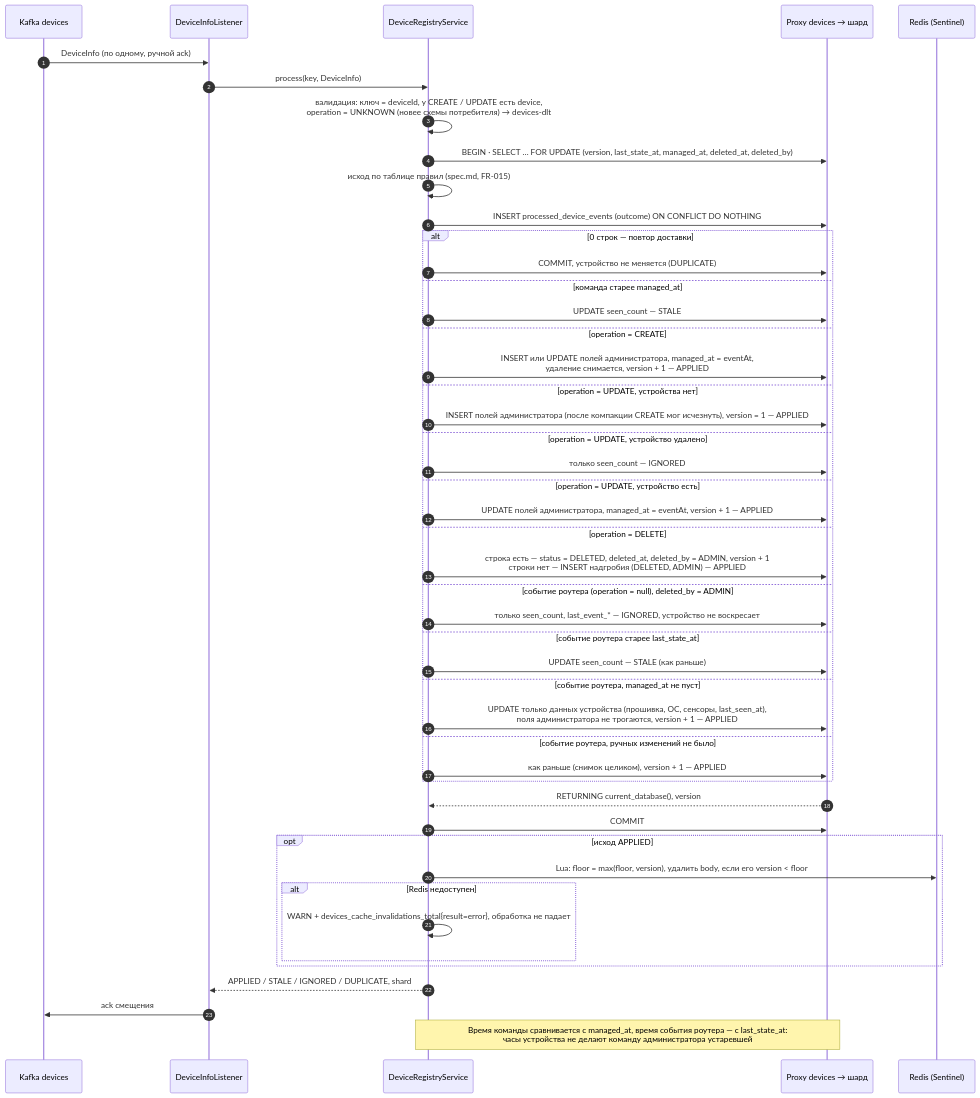
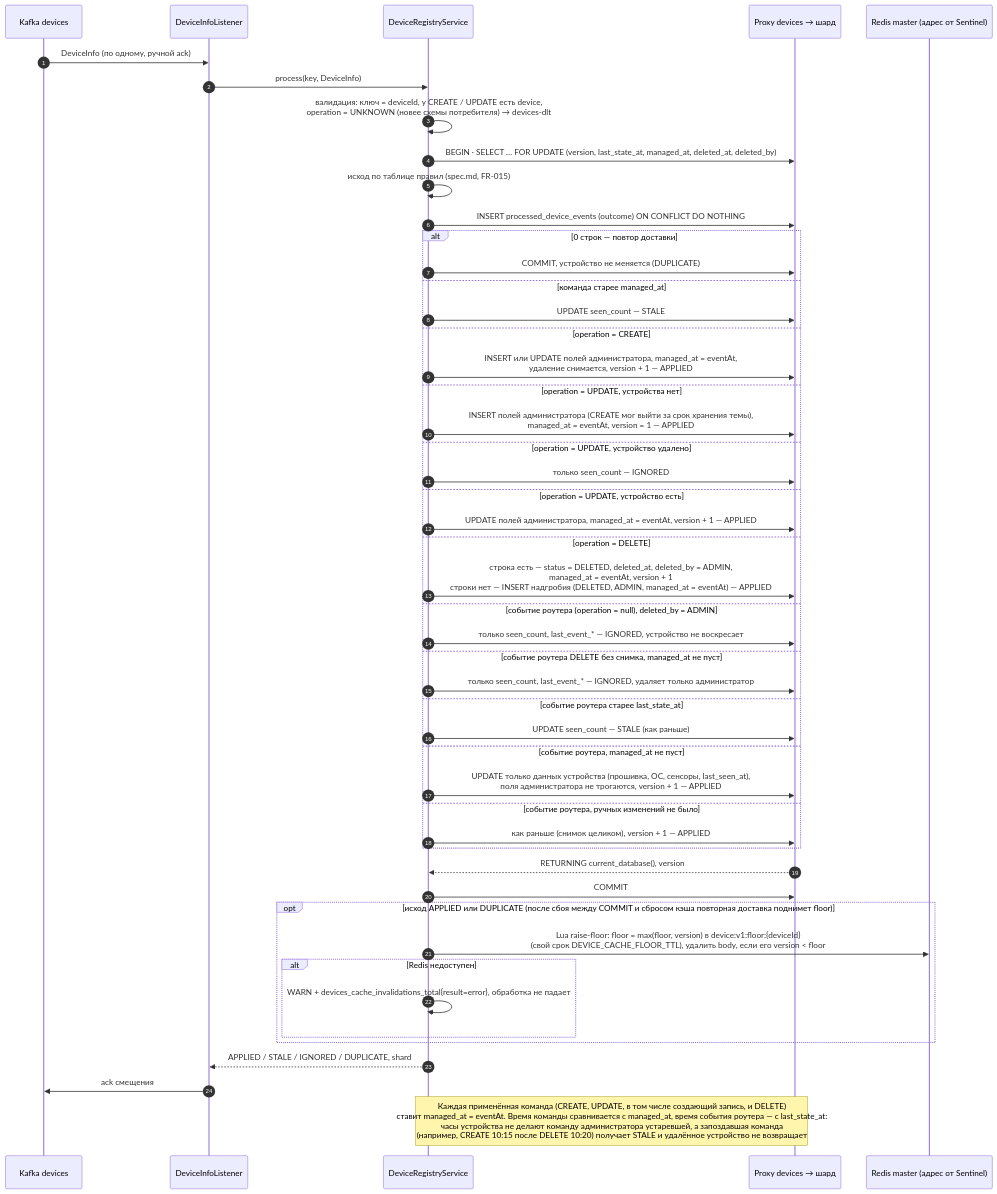
The diagram in diagrams/dcs-operations-sequence.mmd (gluhov-d/iot-platform), drawn with Mermaid before and after one commit. The commit also changed 28 other files, not shown here.

```diff
--- a/diagrams/dcs-operations-sequence.mmd
+++ b/diagrams/dcs-operations-sequence.mmd
@@ -1,49 +1,51 @@
 %% device-collector-service: команды CREATE / UPDATE / DELETE и события роутера после ручных изменений (ADR-0005)
 sequenceDiagram
     autonumber
     participant K as Kafka devices
     participant L as DeviceInfoListener
     participant S as DeviceRegistryService
     participant P as Proxy devices → шард
-    participant RD as Redis (Sentinel)
+    participant RD as Redis master (адрес от Sentinel)
 
     K->>L: DeviceInfo (по одному, ручной ack)
     L->>S: process(key, DeviceInfo)
     S->>S: валидация: ключ = deviceId, у CREATE / UPDATE есть device,<br/>operation = UNKNOWN (новее схемы потребителя) → devices-dlt
     S->>P: BEGIN · SELECT … FOR UPDATE (version, last_state_at, managed_at, deleted_at, deleted_by)
     S->>S: исход по таблице правил (spec.md, FR-015)
     S->>P: INSERT processed_device_events (outcome) ON CONFLICT DO NOTHING
     alt 0 строк — повтор доставки
         S->>P: COMMIT, устройство не меняется (DUPLICATE)
     else команда старее managed_at
         S->>P: UPDATE seen_count — STALE
     else operation = CREATE
         S->>P: INSERT или UPDATE полей администратора, managed_at = eventAt,<br/>удаление снимается, version + 1 — APPLIED
     else operation = UPDATE, устройства нет
-        S->>P: INSERT полей администратора (после компакции CREATE мог исчезнуть), version = 1 — APPLIED
+        S->>P: INSERT полей администратора (CREATE мог выйти за срок хранения темы),<br/>managed_at = eventAt, version = 1 — APPLIED
     else operation = UPDATE, устройство удалено
         S->>P: только seen_count — IGNORED
     else operation = UPDATE, устройство есть
         S->>P: UPDATE полей администратора, managed_at = eventAt, version + 1 — APPLIED
     else operation = DELETE
-        S->>P: строка есть — status = DELETED, deleted_at, deleted_by = ADMIN, version + 1<br/>строки нет — INSERT надгробия (DELETED, ADMIN) — APPLIED
+        S->>P: строка есть — status = DELETED, deleted_at, deleted_by = ADMIN,<br/>managed_at = eventAt, version + 1<br/>строки нет — INSERT надгробия (DELETED, ADMIN, managed_at = eventAt) — APPLIED
     else событие роутера (operation = null), deleted_by = ADMIN
         S->>P: только seen_count, last_event_* — IGNORED, устройство не воскресает
+    else событие роутера DELETE без снимка, managed_at не пуст
+        S->>P: только seen_count, last_event_* — IGNORED, удаляет только администратор
     else событие роутера старее last_state_at
         S->>P: UPDATE seen_count — STALE (как раньше)
     else событие роутера, managed_at не пуст
         S->>P: UPDATE только данных устройства (прошивка, ОС, сенсоры, last_seen_at),<br/>поля администратора не трогаются, version + 1 — APPLIED
     else событие роутера, ручных изменений не было
         S->>P: как раньше (снимок целиком), version + 1 — APPLIED
     end
     P-->>S: RETURNING current_database(), version
     S->>P: COMMIT
-    opt исход APPLIED
-        S->>RD: Lua: floor = max(floor, version), удалить body, если его version < floor
+    opt исход APPLIED или DUPLICATE (после сбоя между COMMIT и сбросом кэша повторная доставка поднимет floor)
+        S->>RD: Lua raise-floor: floor = max(floor, version) в device:v1:floor:{deviceId}<br/>(свой срок DEVICE_CACHE_FLOOR_TTL), удалить body, если его version < floor
         alt Redis недоступен
             S->>S: WARN + devices_cache_invalidations_total{result=error}, обработка не падает
         end
     end
     S-->>L: APPLIED / STALE / IGNORED / DUPLICATE, shard
     L->>K: ack смещения
-    Note over S,P: Время команды сравнивается с managed_at, время события роутера — с last_state_at:<br/>часы устройства не делают команду администратора устаревшей
+    Note over S,P: Каждая применённая команда (CREATE, UPDATE, в том числе создающий запись, и DELETE)<br/>ставит managed_at = eventAt. Время команды сравнивается с managed_at, время события роутера — с last_state_at:<br/>часы устройства не делают команду администратора устаревшей, а запоздавшая команда<br/>(например, CREATE 10:15 после DELETE 10:20) получает STALE и удалённое устройство не возвращает
```
